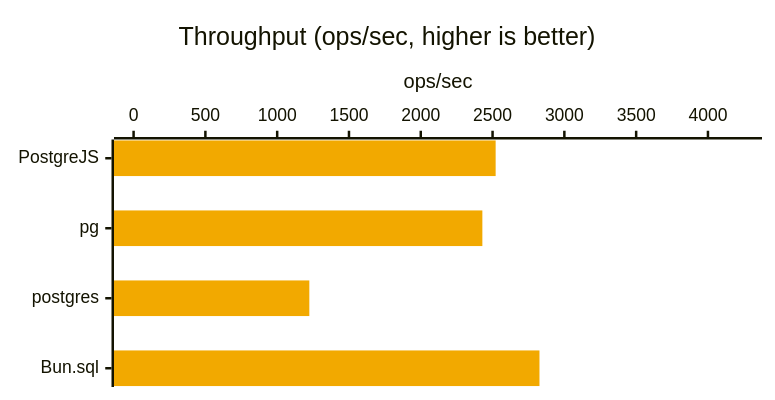
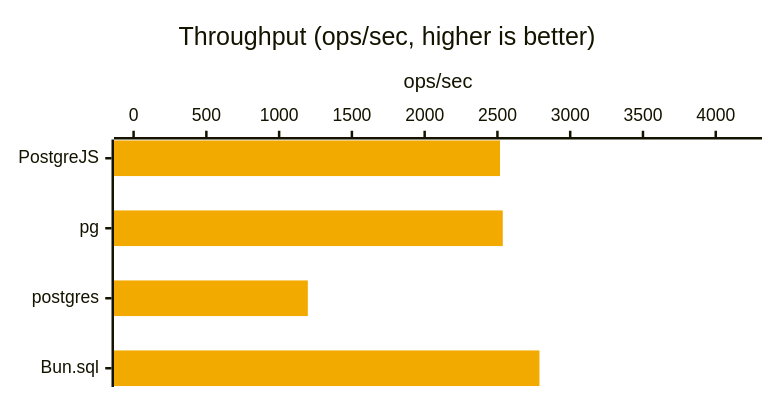
Diagram 14 of 47 in doc/BENCHMARKS-bun.md (panates/postgrejs), drawn with Mermaid before and after one commit. The commit also changed other lines of this file and 1 other file, not shown here.

````diff
--- a/doc/BENCHMARKS-bun.md
+++ b/doc/BENCHMARKS-bun.md
@@ -342,8 +371,8 @@
 ```mermaid
 %%{init: {'xyChart': {'width': 600, 'height': 300, 'chartOrientation': 'horizontal'}, 'themeVariables': {'xyChart': {'plotColorPalette': '#f2a900'}}}}%%
 xychart-beta
     title "Throughput (ops/sec, higher is better)"
     x-axis ["PostgreJS", "pg", "postgres", "Bun.sql"]
-    y-axis "ops/sec" 0.0000 --> 4239.9375
-    bar [2521.4310, 2428.9203, 1223.8895, 2826.6250]
+    y-axis "ops/sec" 0.0000 --> 4183.1847
+    bar [2517.6717, 2536.6744, 1197.1375, 2788.7898]
 ```
````
